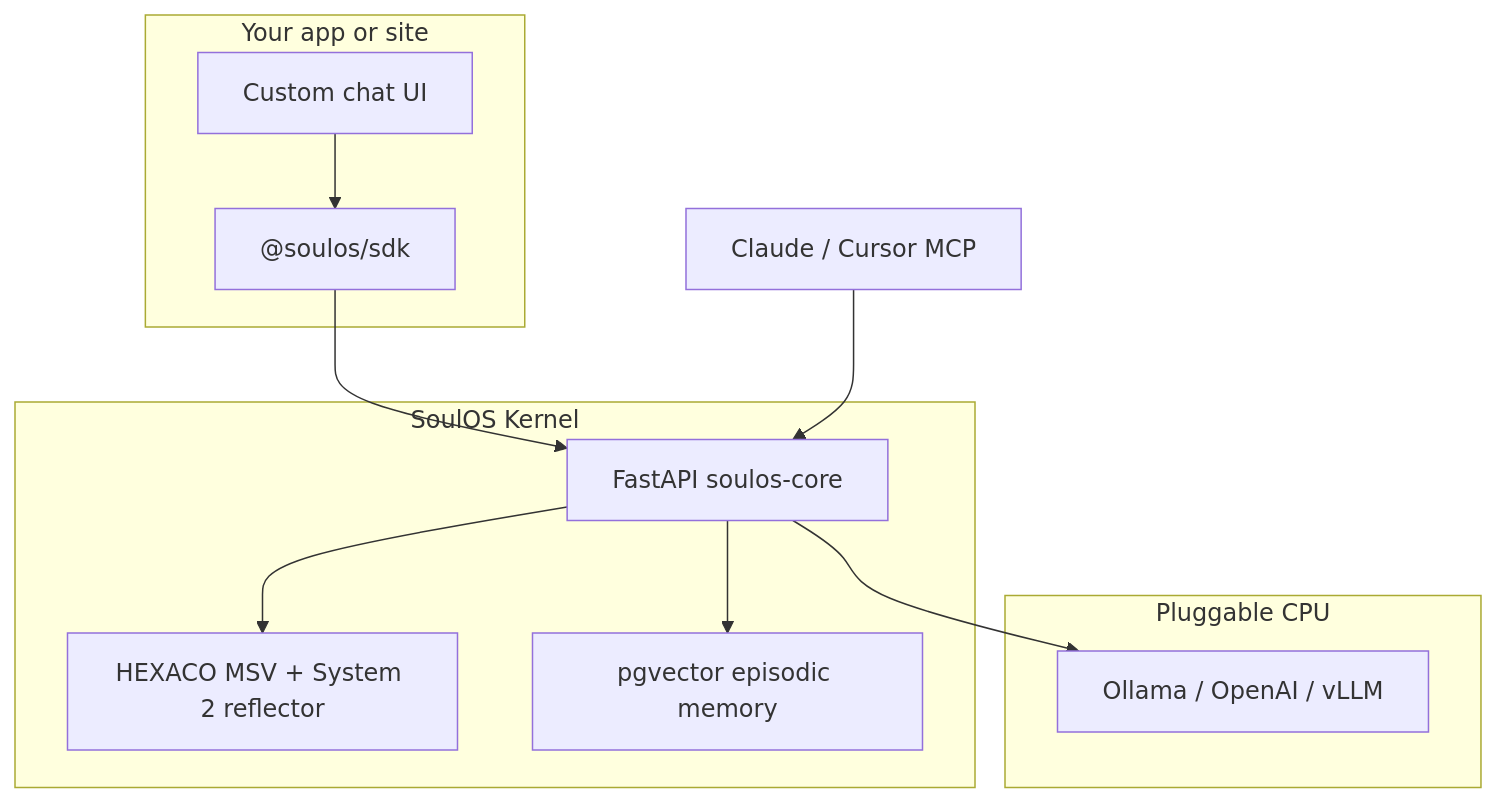
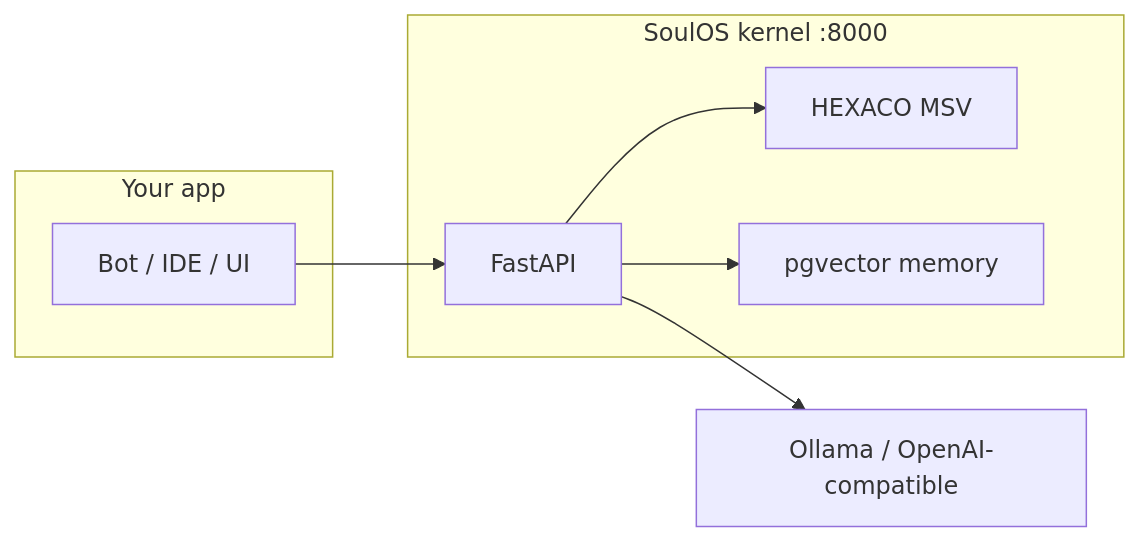
One commit to mziqudhd92/soul-os changed the diagram in README.md. Above: the diagram before and after it, drawn with Mermaid. The commit also changed other lines of this file and 6 other files, not shown here.

````diff
--- a/README.md
+++ b/README.md
@@ -170,24 +168,17 @@
 ```mermaid
-flowchart TB
-    subgraph devApp ["Your app or site"]
-        Widget["Custom chat UI"]
-        SDK["@soulos/sdk"]
-    end
+flowchart LR
+  subgraph app [Your app]
+    Bot[Bot / IDE / UI]
+  end
+  subgraph soulos [SoulOS kernel :8000]
+    API[FastAPI]
+    MSV[HEXACO MSV]
+    Mem[pgvector memory]
+  end
+  LLM[Ollama / OpenAI-compatible]
 
-    subgraph kernel ["SoulOS Kernel"]
-        API["FastAPI soulos-core"]
-        MSV["HEXACO MSV + System 2 reflector"]
-        RAG["pgvector episodic memory"]
-    end
-
-    subgraph inference ["Pluggable CPU"]
-        LLM["Ollama / OpenAI / vLLM"]
-    end
-
-    Widget --> SDK
-    SDK --> API
-    API --> MSV
-    API --> RAG
-    API --> LLM
-    MCP["Claude / Cursor MCP"] --> API
+  Bot --> API
+  API --> MSV
+  API --> Mem
+  API --> LLM
 ```
````
